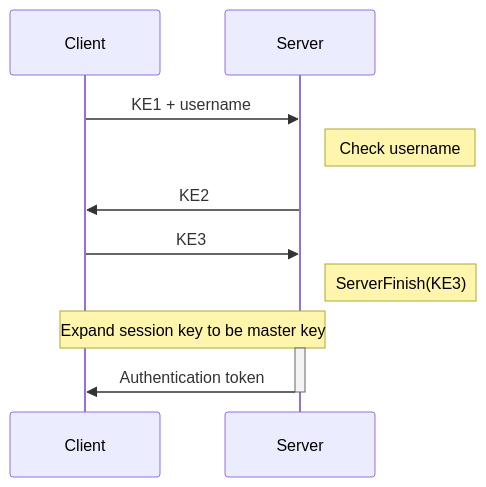
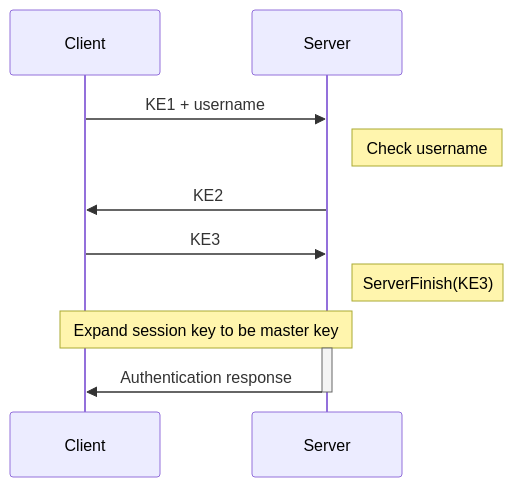
One commit to PhotonicGluon/Excalibur changed the diagram in website/docs/server-api/authentication/login.mdx. Above: the diagram before and after it, drawn with Mermaid. The commit also changed other lines of this file, not shown here.

````diff
--- a/website/docs/server-api/authentication/login.mdx
+++ b/website/docs/server-api/authentication/login.mdx
@@ -15,14 +15,14 @@
 ```mermaid
 sequenceDiagram
     participant C as Client
     participant S as Server
 
     C->>S: KE1 + username
     Note right of S: Check username
     S->>C: KE2
     C->>S: KE3
     Note right of S: ServerFinish(KE3)
     Note over C,S: Expand session key to be master key
     activate S
-    S->>-C: Authentication token
+    S->>-C: Authentication response
 ```
````
